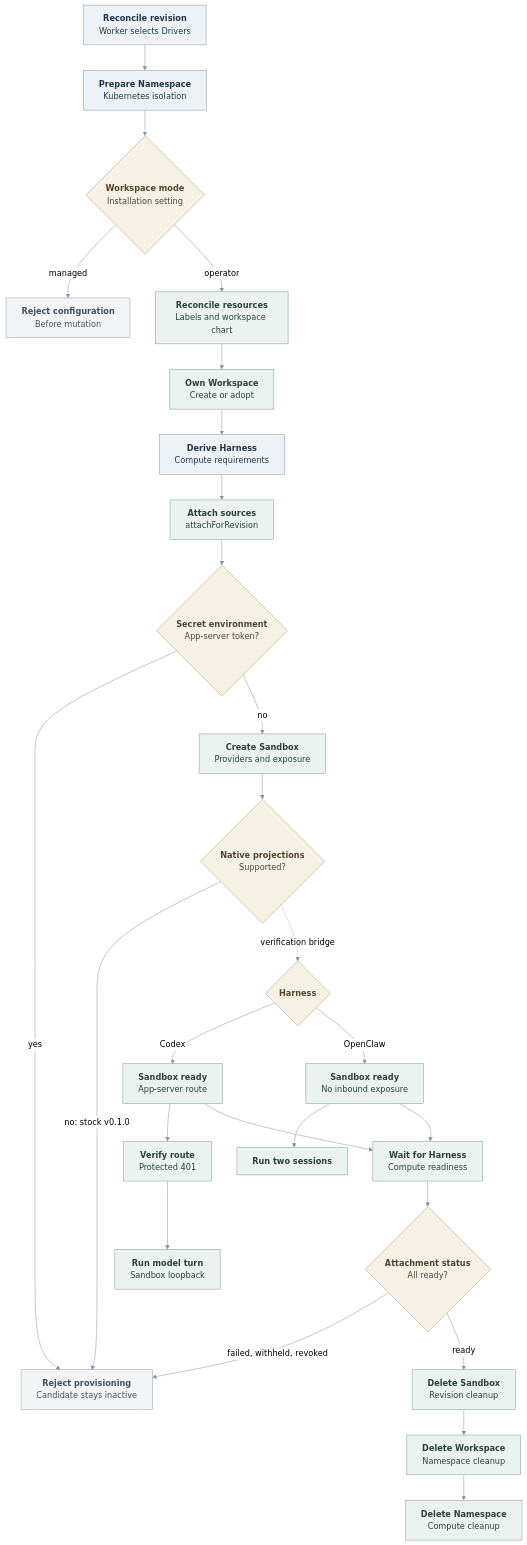
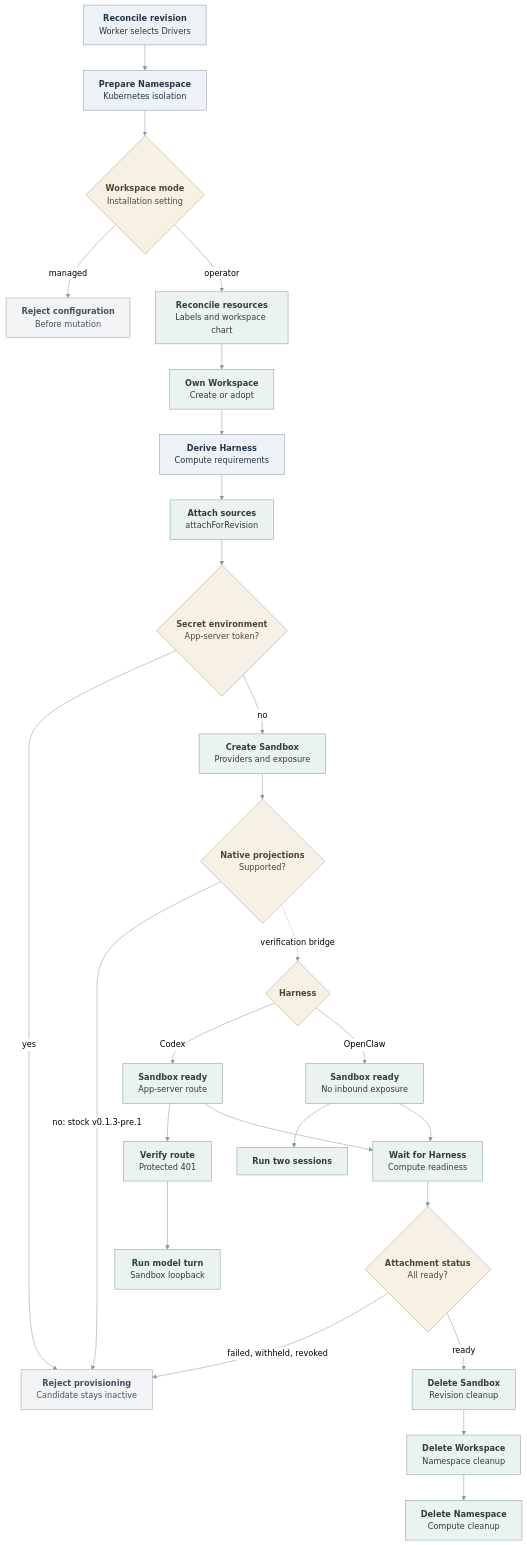
One commit to IsaiahStapleton/openclaw-enterprise changed the diagram in docs/flows/openshell-sandbox-provisioning.md. Above: the diagram before and after it, drawn with Mermaid (neutral theme). The commit also changed other lines of this file and 18 other files, not shown here.

````diff
--- a/docs/flows/openshell-sandbox-provisioning.md
+++ b/docs/flows/openshell-sandbox-provisioning.md
@@ -47,38 +47,38 @@
 ```mermaid
 graph TD
   A["<b>Reconcile revision</b><br/>Worker selects Drivers"] --> B["<b>Prepare Namespace</b><br/>Kubernetes isolation"]
   B --> C{"<b>Workspace mode</b><br/>Installation setting"}
   C -- "managed" --> X["<b>Reject configuration</b><br/>Before mutation"]
   C -- "operator" --> D["<b>Reconcile resources</b><br/>Labels and workspace chart"]
   D --> E["<b>Own Workspace</b><br/>Create or adopt"]
   E --> F["<b>Derive Harness</b><br/>Compute requirements"]
   F --> Q["<b>Attach sources</b><br/>attachForRevision"]
   Q --> G{"<b>Secret environment</b><br/>App-server token?"}
   G -- "yes" --> R["<b>Reject provisioning</b><br/>Candidate stays inactive"]
   G -- "no" --> H["<b>Create Sandbox</b><br/>Providers and exposure"]
   H --> I{"<b>Native projections</b><br/>Supported?"}
-  I -- "no: stock v0.1.0" --> R
+  I -- "no: stock v0.1.3-pre.1" --> R
   I -. "verification bridge" .-> V{"<b>Harness</b>"}
   V -- "Codex" --> J["<b>Sandbox ready</b><br/>App-server route"]
   J --> K["<b>Verify route</b><br/>Protected 401"]
   K --> L["<b>Run model turn</b><br/>Sandbox loopback"]
   V -- "OpenClaw" --> T["<b>Sandbox ready</b><br/>No inbound exposure"]
   T --> U["<b>Run two sessions</b>"]
   J --> M["<b>Wait for Harness</b><br/>Compute readiness"]
   M --> S{"<b>Attachment status</b><br/>All ready?"}
   S -- "failed, withheld, revoked" --> R
   S -- "ready" --> N["<b>Delete Sandbox</b><br/>Revision cleanup"]
   T --> M
   N --> O["<b>Delete Workspace</b><br/>Namespace cleanup"]
   O --> P["<b>Delete Namespace</b><br/>Compute cleanup"]
 
   classDef state fill:#EDF2F7,stroke:#879AB0,color:#25364A,stroke-width:1px
   classDef operation fill:#EBF3F0,stroke:#7F9D93,color:#2B4038,stroke-width:1px
   classDef gate fill:#F7F1E5,stroke:#B3A078,color:#514532,stroke-width:1px
   classDef blocked fill:#F3F4F6,stroke:#98A2AE,color:#44505F,stroke-width:1px
   class A,B,F state
   class D,E,Q,H,J,K,L,M,N,O,P,T,U operation
   class C,G,I,S,V gate
   class X,R blocked
   linkStyle default stroke:#8B949E,stroke-width:1px
 ```
````
